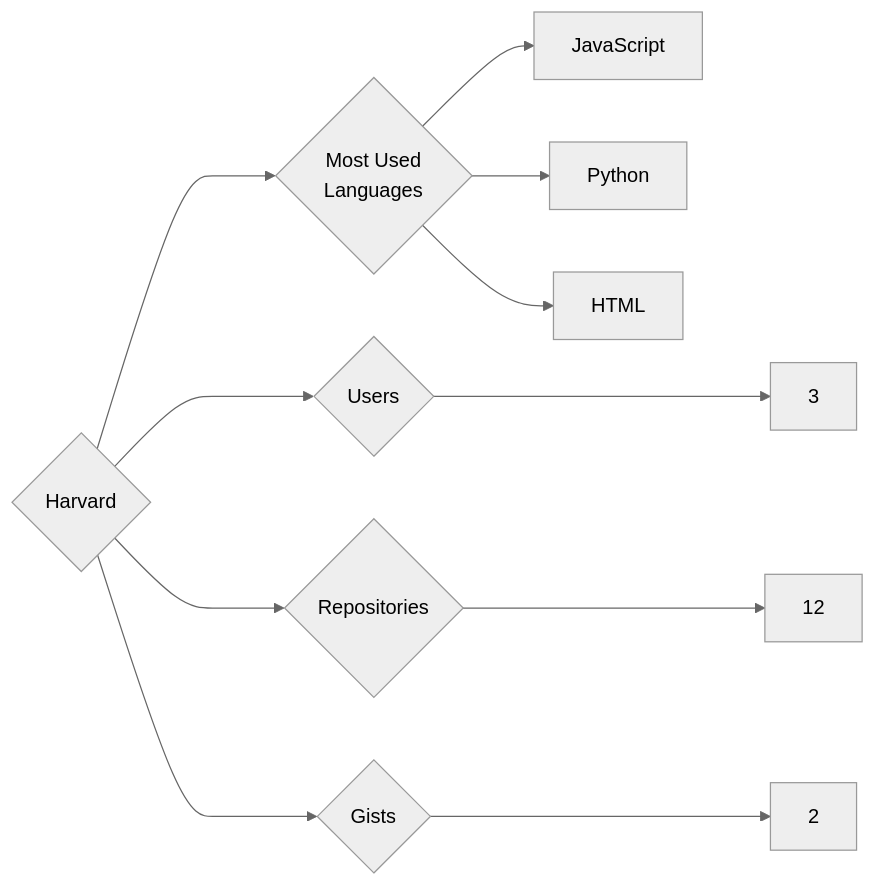
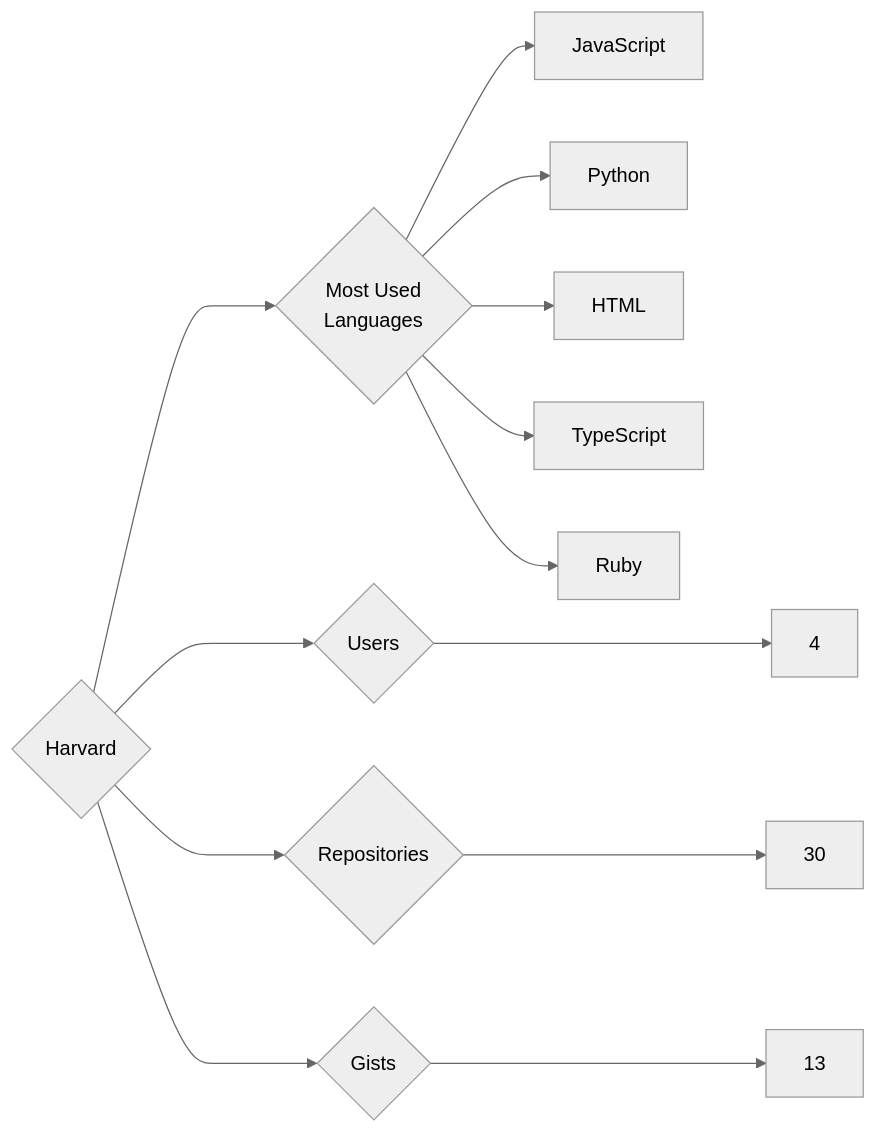
Before and after one commit to trickest/insiders: the diagram in targets/Harvard/README.md, drawn with Mermaid (neutral theme). The commit also changed 942 other files, not shown here.

````diff
--- a/targets/Harvard/README.md
+++ b/targets/Harvard/README.md
@@ -3,11 +3,13 @@
 ```mermaid
 graph LR
 COMPANY_NAME{Harvard}
-COMPANY_NAME ---> U{Users} ---> UN[3]
-COMPANY_NAME ---> R{Repositories} ---> RN[12]
-COMPANY_NAME ---> G{Gists} ---> GN[2]
+COMPANY_NAME ---> U{Users} ---> UN[4]
+COMPANY_NAME ---> R{Repositories} ---> RN[30]
+COMPANY_NAME ---> G{Gists} ---> GN[13]
 COMPANY_NAME ---> ML{Most Used<br>Languages}
 ML --> JavaScript[JavaScript]
 ML --> Python[Python]
 ML --> HTML[HTML]
+ML --> TypeScript[TypeScript]
+ML --> Ruby[Ruby]
 ```
````
